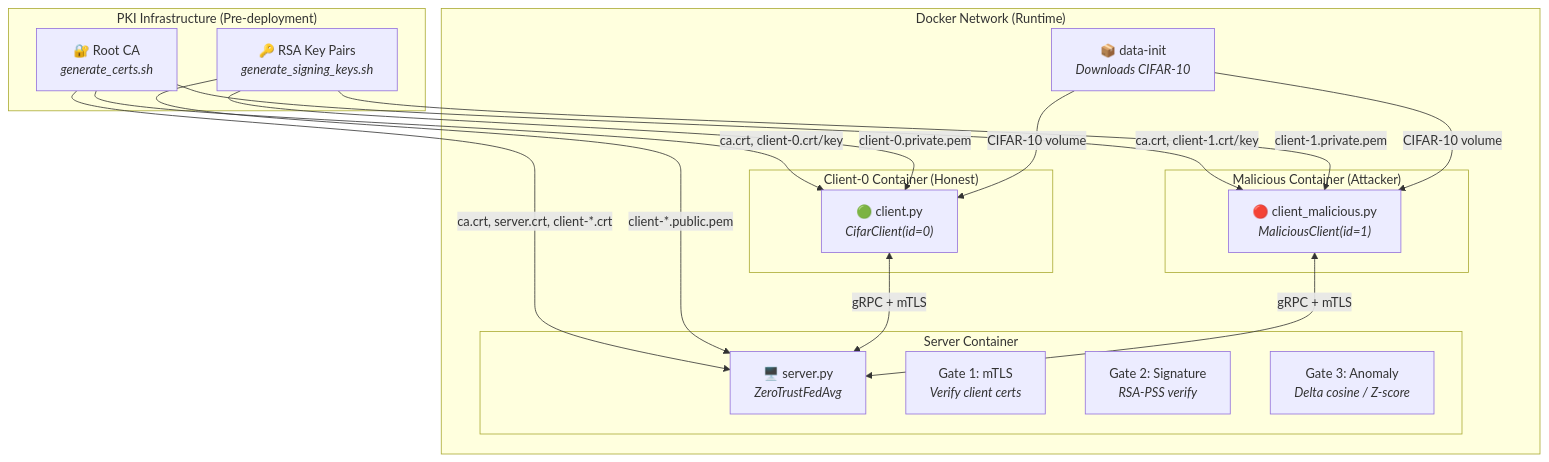
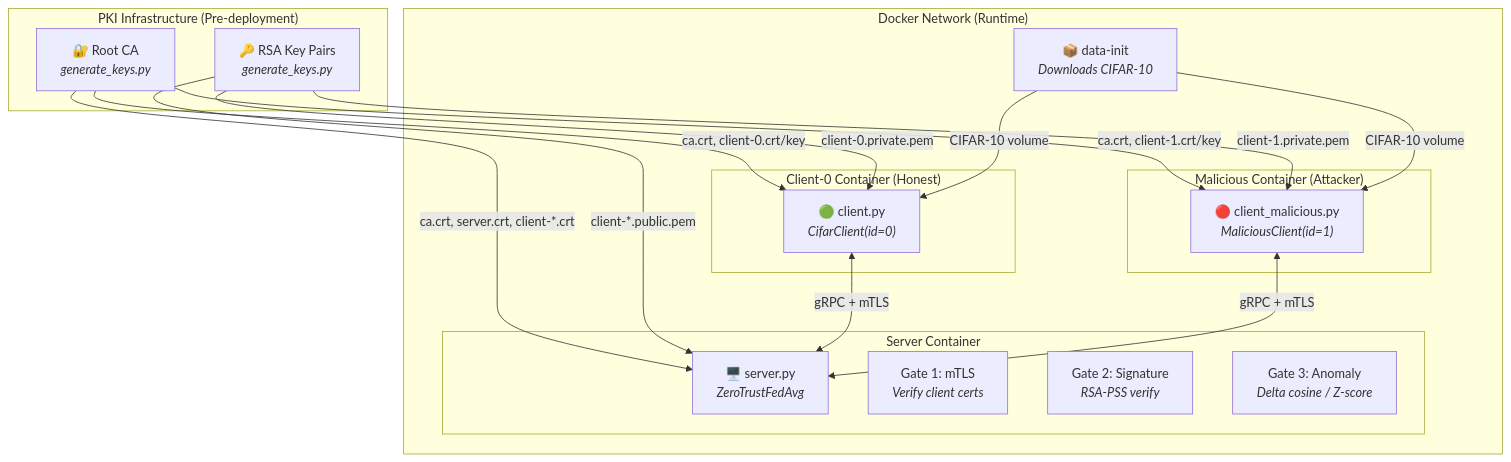
The third of 11 diagrams in ARCHITECTURE.md (Zocke07/ZT-Pipeline), drawn with Mermaid before and after one commit. The commit also changed other lines of this file and 42 other files, not shown here.

````diff
--- a/ARCHITECTURE.md
+++ b/ARCHITECTURE.md
@@ -181,37 +180,37 @@
 ```mermaid
 graph TB
     subgraph "PKI Infrastructure (Pre-deployment)"
-        CA["🔐 Root CA<br/><i>generate_certs.sh</i>"]
-        SK["🔑 RSA Key Pairs<br/><i>generate_signing_keys.sh</i>"]
+        CA["🔐 Root CA<br/><i>generate_keys.py</i>"]
+        SK["🔑 RSA Key Pairs<br/><i>generate_keys.py</i>"]
     end
 
     subgraph "Docker Network (Runtime)"
         DI["📦 data-init<br/><i>Downloads CIFAR-10</i>"]
 
         subgraph "Server Container"
             S["🖥️ server.py<br/><i>ZeroTrustFedAvg</i>"]
             G1S["Gate 1: mTLS<br/><i>Verify client certs</i>"]
             G2S["Gate 2: Signature<br/><i>RSA-PSS verify</i>"]
             G3S["Gate 3: Anomaly<br/><i>Delta cosine / Z-score</i>"]
         end
 
         subgraph "Client-0 Container (Honest)"
             C0["🟢 client.py<br/><i>CifarClient(id=0)</i>"]
         end
 
         subgraph "Malicious Container (Attacker)"
             M["🔴 client_malicious.py<br/><i>MaliciousClient(id=1)</i>"]
         end
     end
 
     CA -->|"ca.crt, server.crt, client-*.crt"| S
     CA -->|"ca.crt, client-0.crt/key"| C0
     CA -->|"ca.crt, client-1.crt/key"| M
     SK -->|"client-*.public.pem"| S
     SK -->|"client-0.private.pem"| C0
     SK -->|"client-1.private.pem"| M
     DI -->|"CIFAR-10 volume"| C0
     DI -->|"CIFAR-10 volume"| M
     C0 <-->|"gRPC + mTLS"| S
     M <-->|"gRPC + mTLS"| S
 ```
````
